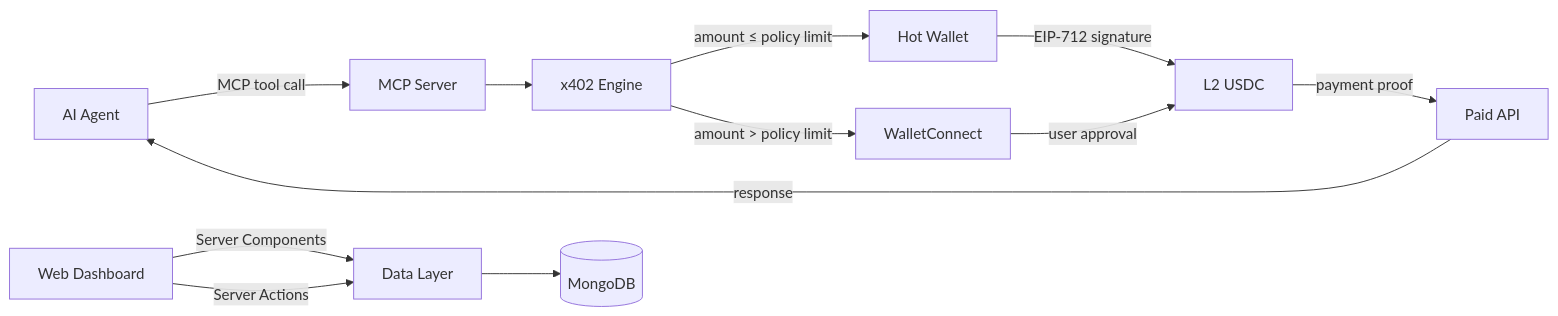
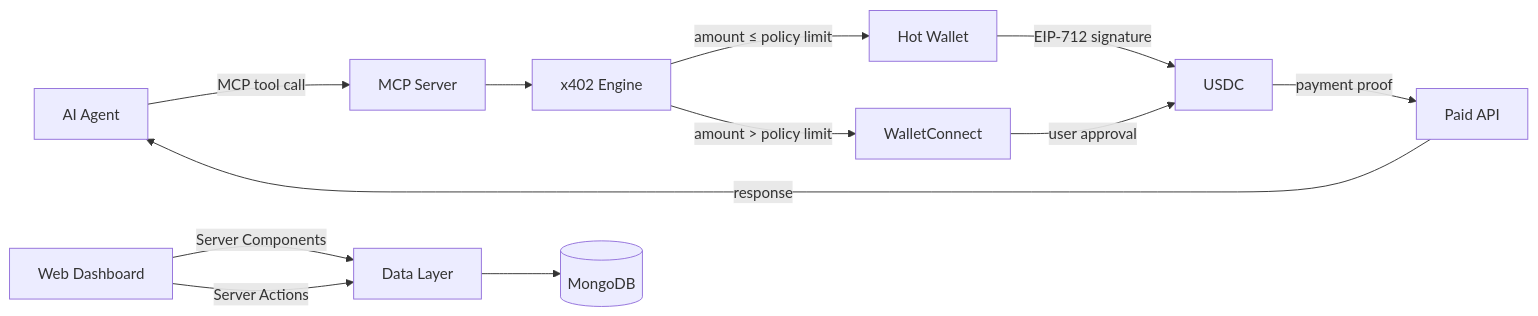
Before and after one commit to marcopesani/brevet: the diagram in README.md, drawn with Mermaid. The commit also changed other lines of this file and 6 other files, not shown here.

````diff
--- a/README.md
+++ b/README.md
@@ -41,15 +41,15 @@
 ```mermaid
 flowchart LR
     Agent[AI Agent] -->|MCP tool call| MCP[MCP Server]
     MCP --> Engine[x402 Engine]
     Engine -->|amount ≤ policy limit| HW[Hot Wallet]
     Engine -->|amount > policy limit| WC[WalletConnect]
-    HW -->|EIP-712 signature| USDC[L2 USDC]
+    HW -->|EIP-712 signature| USDC[USDC]
     WC -->|user approval| USDC
     USDC -->|payment proof| API[Paid API]
     API -->|response| Agent
 
     Dashboard[Web Dashboard] -->|Server Components| Data[Data Layer]
     Dashboard -->|Server Actions| Data
     Data --> DB[(MongoDB)]
 ```
````
